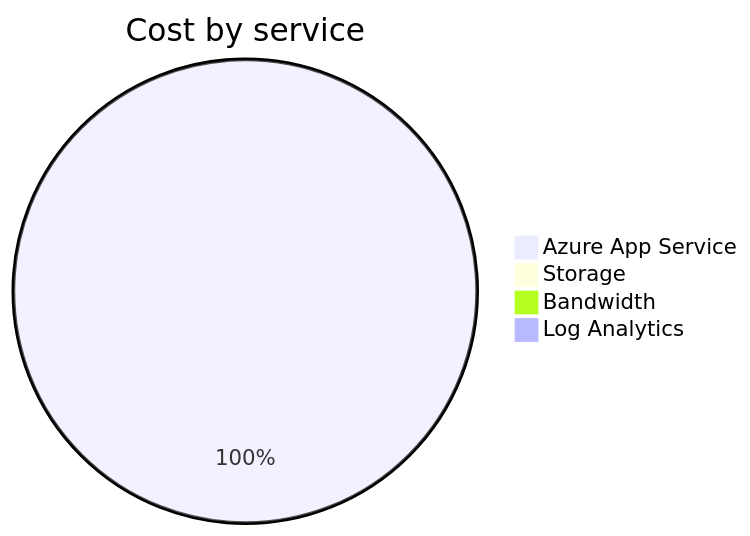
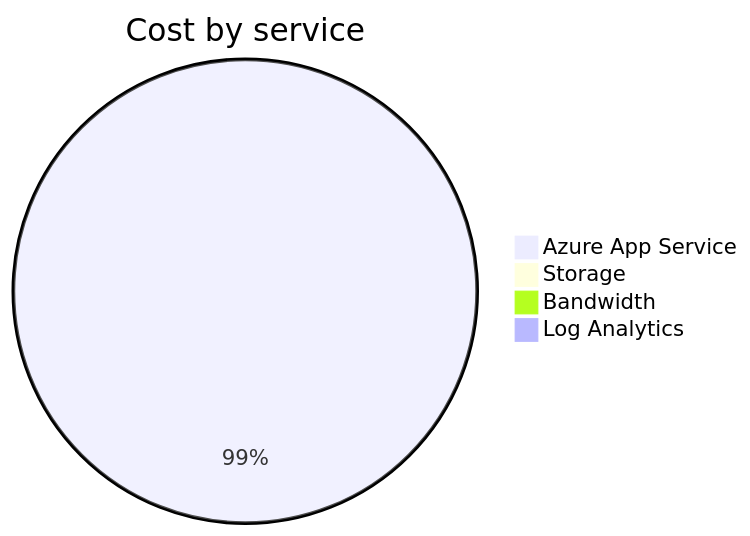
Before and after one commit to jpfulton/azure-personal-reports: the second of 4 diagrams in cost-reports/personal-site/README.md, drawn with Mermaid. The commit also changed other lines of this file and 6 other files, not shown here.

````diff
--- a/cost-reports/personal-site/README.md
+++ b/cost-reports/personal-site/README.md
@@ -94,8 +94,8 @@
 ```mermaid
 pie
    title Cost by service
-   "Azure App Service" : 1.11
-   "Storage" : 0.00
+   "Azure App Service" : 1.70
+   "Storage" : 0.01
    "Bandwidth" : 0.00
    "Log Analytics" : 0.00
 ```
````
